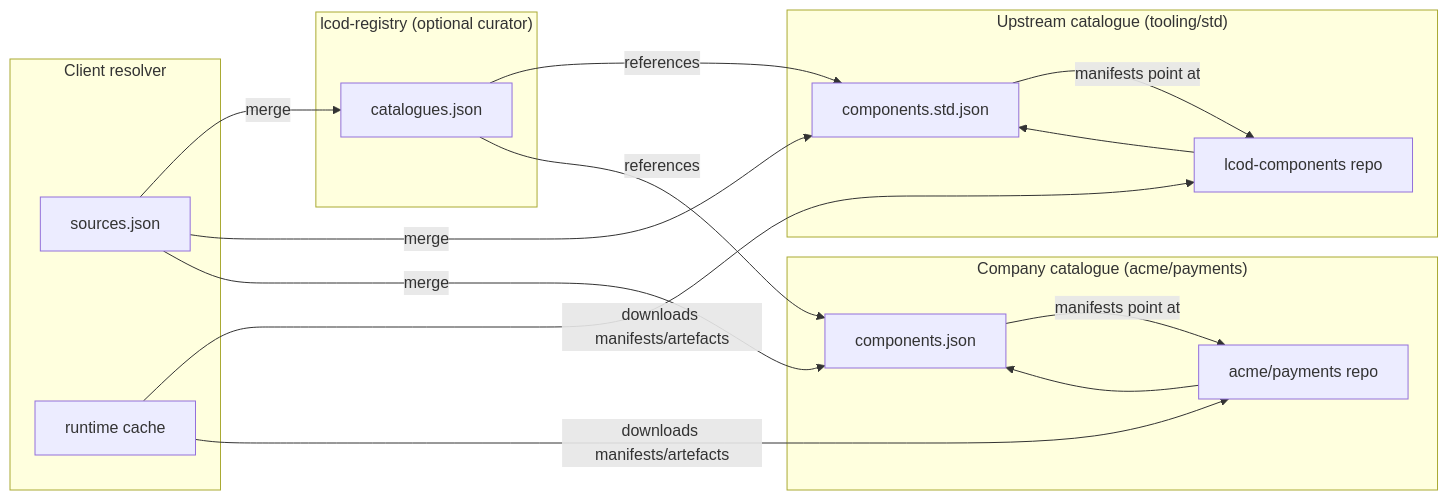
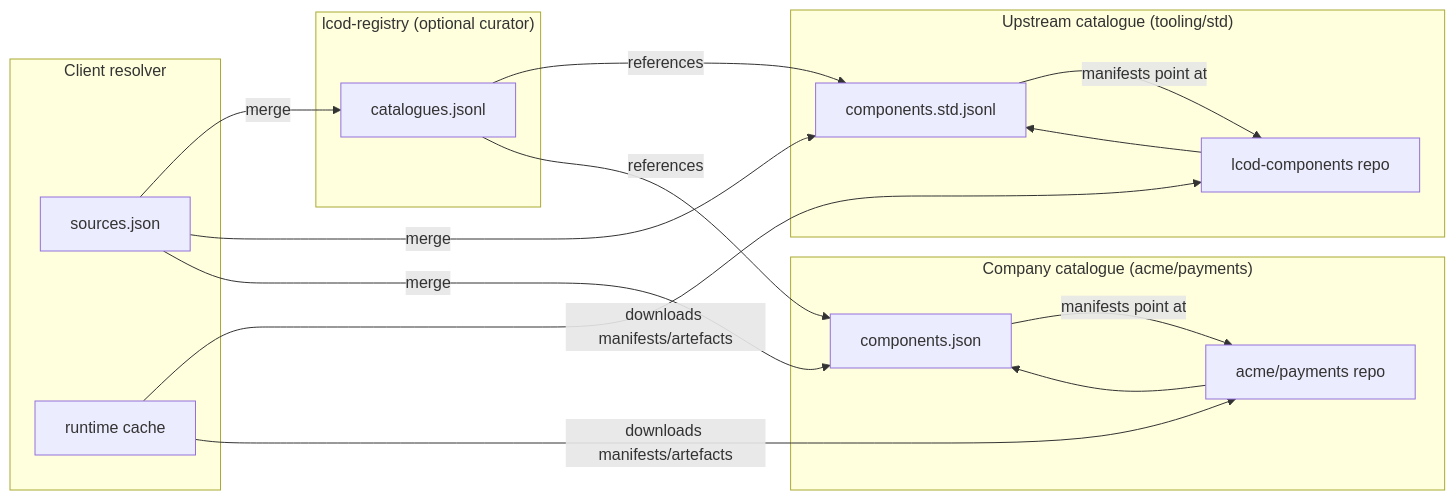
The diagram in docs/registry.md (lcod-team/lcod-spec), drawn with Mermaid before and after one commit. The commit also changed other lines of this file and 12 other files, not shown here.

Commit message:
feat: adopt JSONL registry manifests

````diff
--- a/docs/registry.md
+++ b/docs/registry.md
@@ -42,30 +42,30 @@
 ```mermaid
 flowchart LR
     subgraph "lcod-registry (optional curator)"
-        catalogues["catalogues.json"]
+        catalogues["catalogues.jsonl"]
     end
     subgraph "Upstream catalogue (tooling/std)"
-        manifestsStd["components.std.json"]
+        manifestsStd["components.std.jsonl"]
         repoStd["lcod-components repo"]
         repoStd --> manifestsStd
     end
     subgraph "Company catalogue (acme/payments)"
         manifestsAcme["components.json"]
         repoAcme["acme/payments repo"]
         repoAcme --> manifestsAcme
     end
     subgraph "Client resolver"
         sources["sources.json"]
         runtime["runtime cache"]
     end
 
     catalogues -- references --> manifestsStd
     catalogues -- references --> manifestsAcme
     sources -- merge --> catalogues
     sources -- merge --> manifestsStd
     sources -- merge --> manifestsAcme
     manifestsStd -- manifests point at --> repoStd
     manifestsAcme -- manifests point at --> repoAcme
     runtime -- downloads manifests/artefacts --> repoStd
     runtime -- downloads manifests/artefacts --> repoAcme
 ```
````
